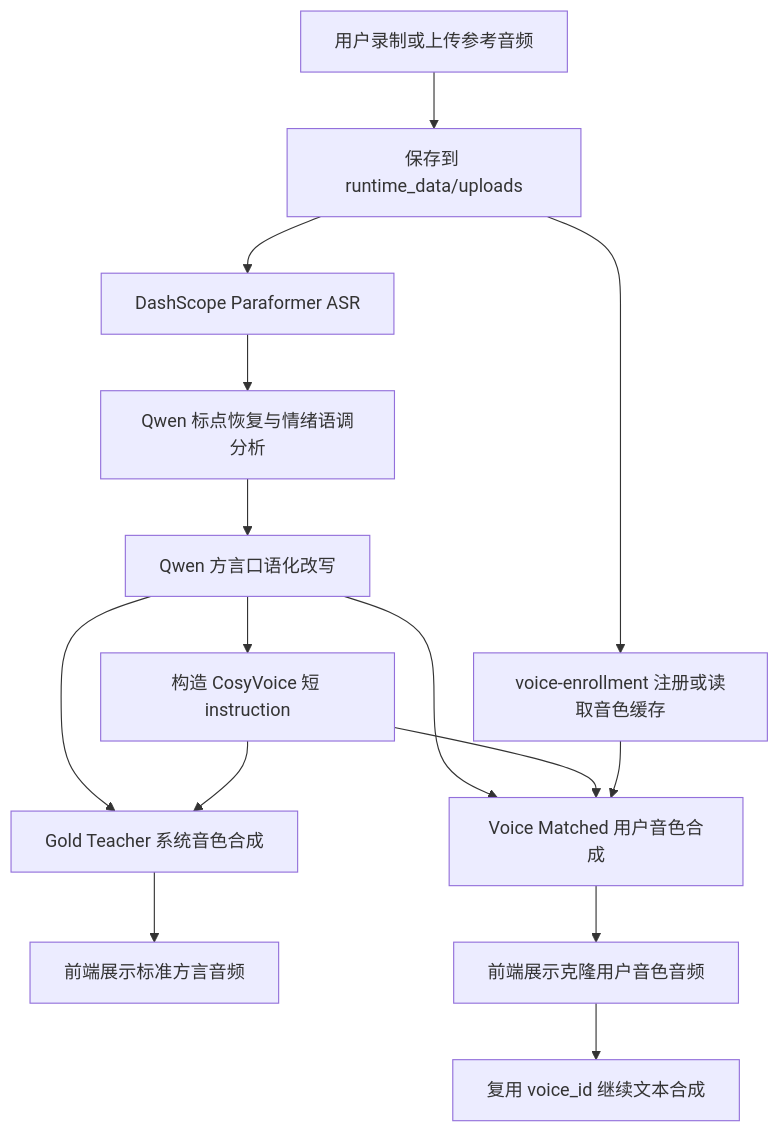
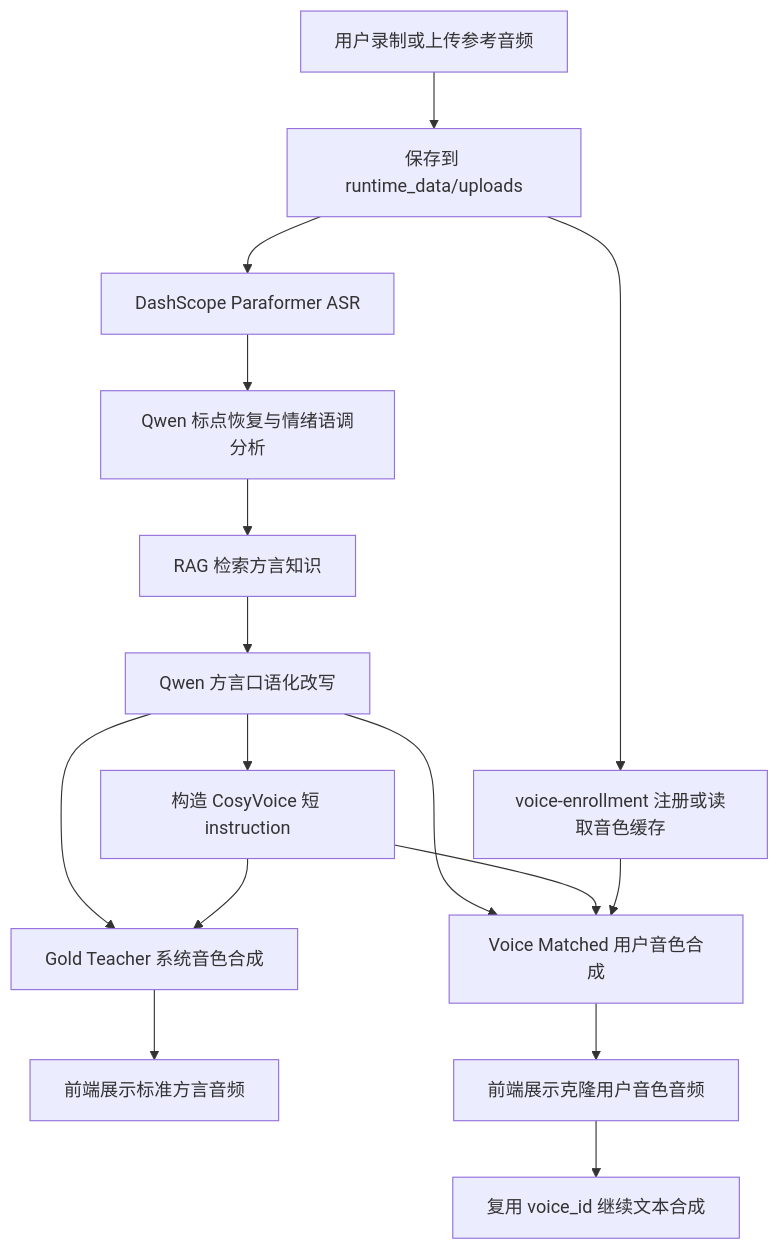
One commit to woxihuanhanzixie/DialectConvert changed the diagram in README.md. Above: the diagram before and after it, drawn with Mermaid. The commit also changed other lines of this file and 9 other files, not shown here.

````diff
--- a/README.md
+++ b/README.md
@@ -46,17 +46,18 @@
 ```mermaid
 flowchart TD
     A[用户录制或上传参考音频] --> B[保存到 runtime_data/uploads]
     B --> C[DashScope Paraformer ASR]
     C --> D[Qwen 标点恢复与情绪语调分析]
-    D --> E[Qwen 方言口语化改写]
+    D --> R[RAG 检索方言知识]
+    R --> E[Qwen 方言口语化改写]
     E --> F[构造 CosyVoice 短 instruction]
     B --> G[voice-enrollment 注册或读取音色缓存]
     E --> H[Gold Teacher 系统音色合成]
     F --> H
     E --> I[Voice Matched 用户音色合成]
     F --> I
     G --> I
     H --> J[前端展示标准方言音频]
     I --> K[前端展示克隆用户音色音频]
     K --> L[复用 voice_id 继续文本合成]
 ```
````
